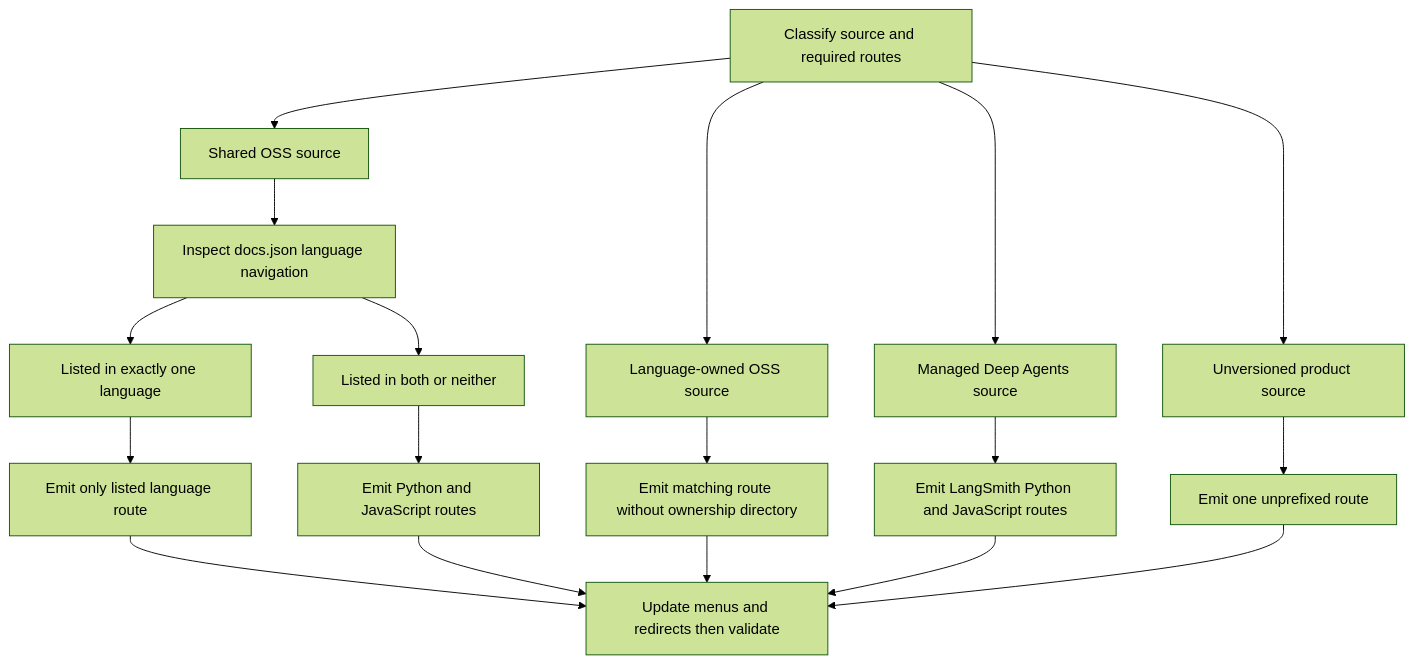
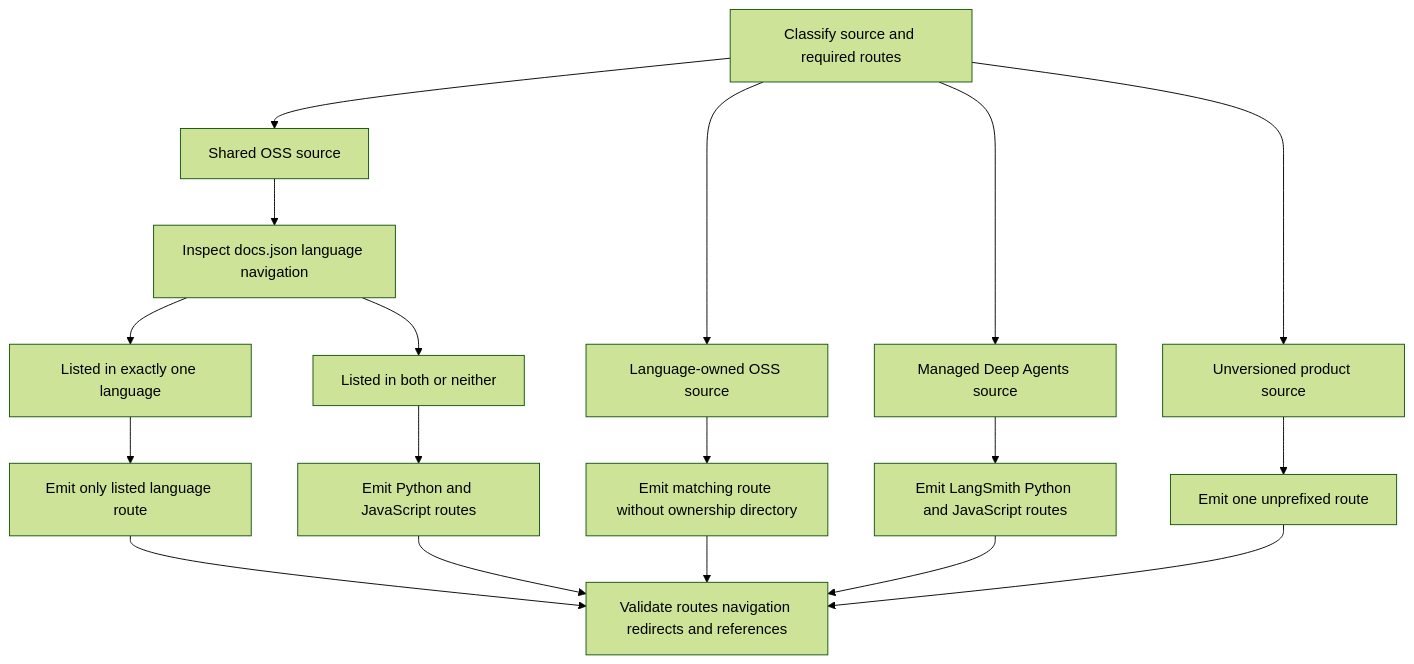
Before and after one commit to langchain-ai/docs: the diagram in openwiki/workflows/versioned-content.md, drawn with Mermaid (forest theme). The commit also changed other lines of this file and 33 other files, not shown here.

````diff
--- a/openwiki/workflows/versioned-content.md
+++ b/openwiki/workflows/versioned-content.md
@@ -35,20 +37,20 @@
 ```mermaid
 flowchart TD
     Start["Classify source and required routes"] --> Shared["Shared OSS source"]
     Start --> Owned["Language-owned OSS source"]
     Start --> Managed["Managed Deep Agents source"]
     Start --> Plain["Unversioned product source"]
     Shared --> NavCheck["Inspect docs.json language navigation"]
     NavCheck --> OneNav["Listed in exactly one language"]
     NavCheck --> BothNav["Listed in both or neither"]
     OneNav --> OneRoute["Emit only listed language route"]
     BothNav --> DualRoute["Emit Python and JavaScript routes"]
     Owned --> OwnedRoute["Emit matching route without ownership directory"]
     Managed --> ManagedRoute["Emit LangSmith Python and JavaScript routes"]
     Plain --> PlainRoute["Emit one unprefixed route"]
-    OneRoute --> Verify["Update menus and redirects then validate"]
+    OneRoute --> Verify["Validate routes navigation redirects and references"]
     DualRoute --> Verify
     OwnedRoute --> Verify
     ManagedRoute --> Verify
     PlainRoute --> Verify
 ```
````
